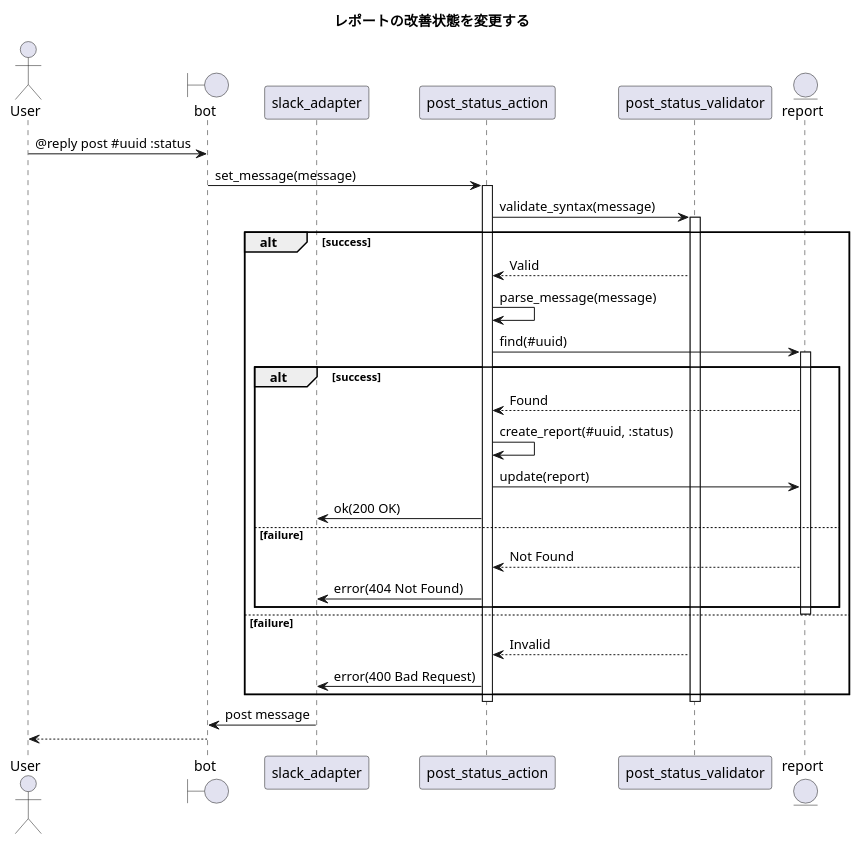
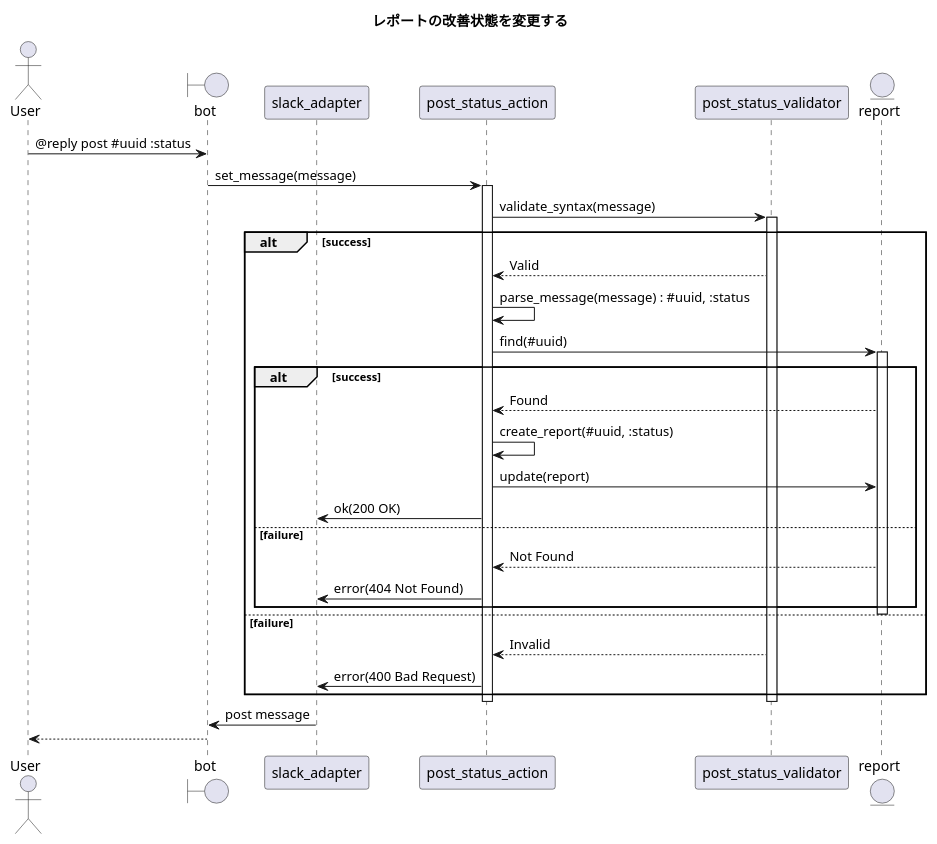
The diagram in 1.design/5.sequences/post-report-change-status.md (ito-masam/kpt-guard.doc), drawn with PlantUML before and after one commit. The commit also changed 9 other files, not shown here.

```diff
--- a/1.design/5.sequences/post-report-change-status.md
+++ b/1.design/5.sequences/post-report-change-status.md
@@ -1,44 +1,44 @@
 @startuml
 
     ' ----------- meta
     title レポートの改善状態を変更する
 
     actor User
     boundary bot
     participant slack_adapter
     participant post_status_action
     participant post_status_validator
     entity report
 
     ' ----------- main
     User -> bot : @reply post #uuid :status
     bot -> post_status_action : set_message(message)
     activate post_status_action
         post_status_action -> post_status_validator : validate_syntax(message)
         activate post_status_validator
             alt success
                 post_status_validator --> post_status_action : Valid
-                post_status_action -> post_status_action : parse_message(message)
+                post_status_action -> post_status_action : parse_message(message) : #uuid, :status
                 post_status_action -> report : find(#uuid)
                 activate report
                     alt success
                         report --> post_status_action : Found
                         post_status_action -> post_status_action : create_report(#uuid, :status)
                         post_status_action -> report : update(report)
                         post_status_action -> slack_adapter : ok(200 OK)
                     else failure
                         report --> post_status_action : Not Found
                         post_status_action -> slack_adapter : error(404 Not Found)
                     end
                 deactivate report
             else failure
                 ' ----------- alternative
                 post_status_validator --> post_status_action : Invalid
                 post_status_action -> slack_adapter : error(400 Bad Request)
             end
         deactivate post_status_validator
     deactivate post_status_action
     slack_adapter -> bot : post message
     bot --> User
 
 @enduml
```
